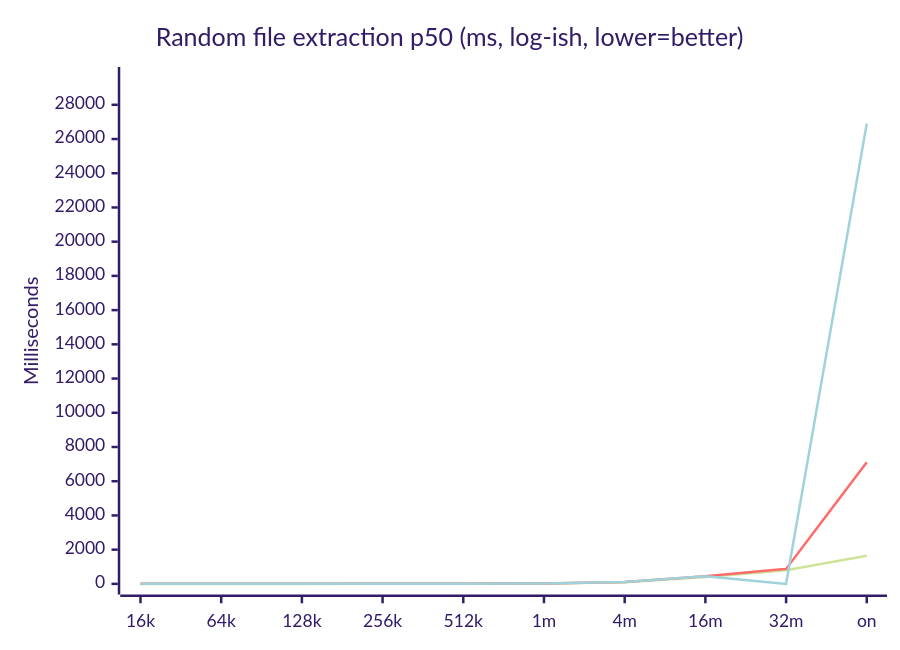
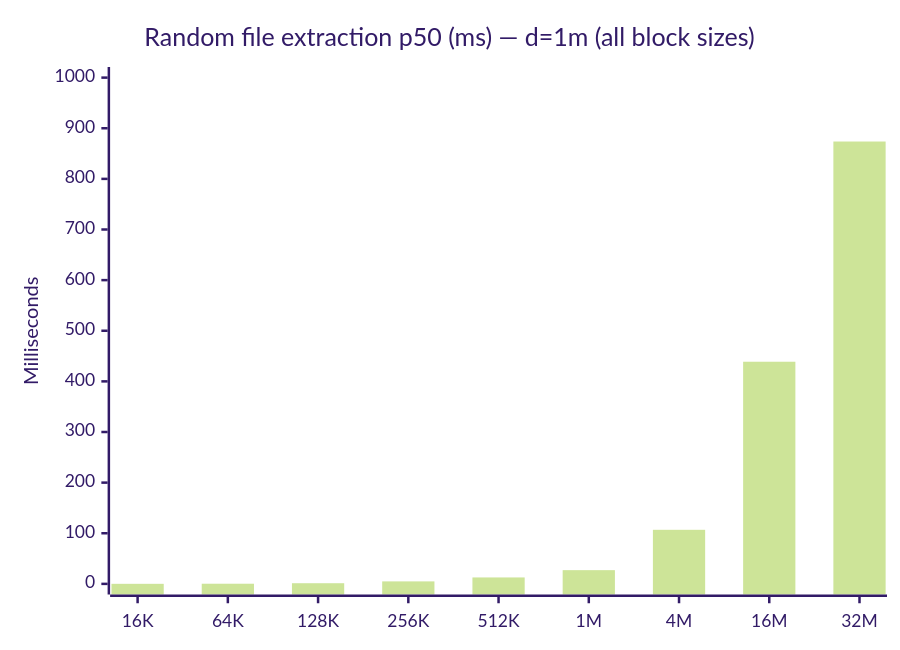
One commit to alfishe/7z-experiments changed the first of 3 diagrams in 7z-benchmark/bench_report.md. Above: the diagram before and after it, drawn with Mermaid (forest theme). The commit also changed other lines of this file and 1 other file, not shown here.

Commit message:
docs: fix mermaid syntax (inf values, missing data), add dictionary dependency graphs

````diff
--- a/7z-benchmark/bench_report.md
+++ b/7z-benchmark/bench_report.md
@@ -85,9 +85,7 @@
 ```mermaid
 xychart-beta
-    title "Random file extraction p50 (ms, log-ish, lower=better)"
-    x-axis ["16k", "64k", "128k", "256k", "512k", "1m", "4m", "16m", "32m", "on"]
-    y-axis "Milliseconds" 0 --> 29588
-    line [0.0, 0.0, 0.0, 3.4, 10.6, 23.9, 95.3, 403.5, 797.8, 1647.1]
-    line [0.1, 0.3, 1.3, 4.9, 12.7, 27.1, 106.8, 438.8, 873.8, 7108.5]
-    line [0.1, 0.3, 1.3, 4.9, 12.4, 24.8, 104.5, 451.0, 0.0, 26897.8]
+    title "Random file extraction p50 (ms) — d=1m (all block sizes)"
+    x-axis ["16K", "64K", "128K", "256K", "512K", "1M", "4M", "16M", "32M"]
+    y-axis "Milliseconds" 0 --> 1000
+    bar [0.1, 0.3, 1.3, 4.9, 12.7, 27.1, 106.8, 438.8, 873.8]
 ```
````
